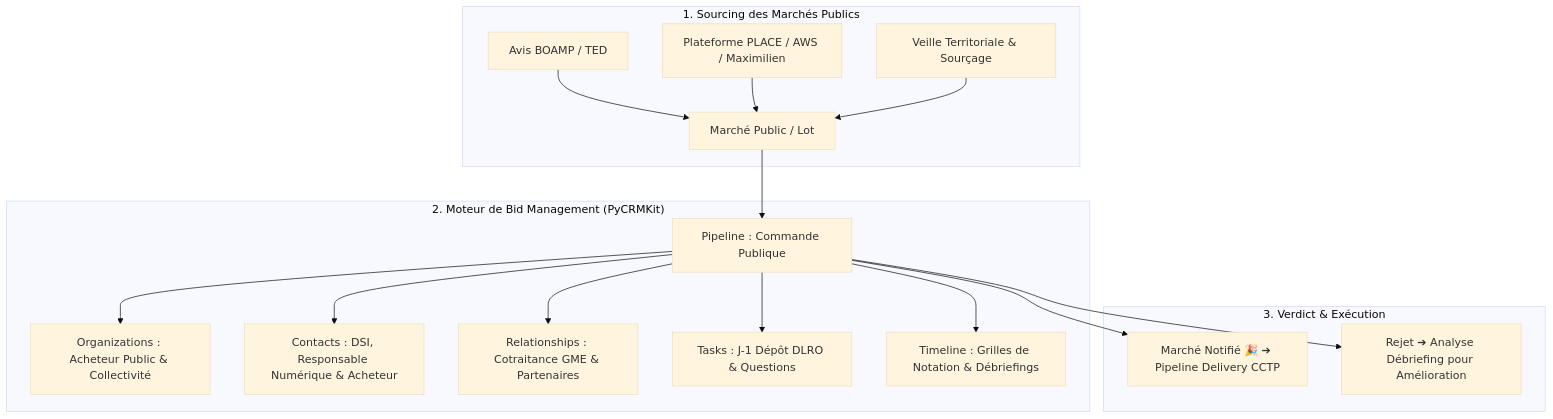
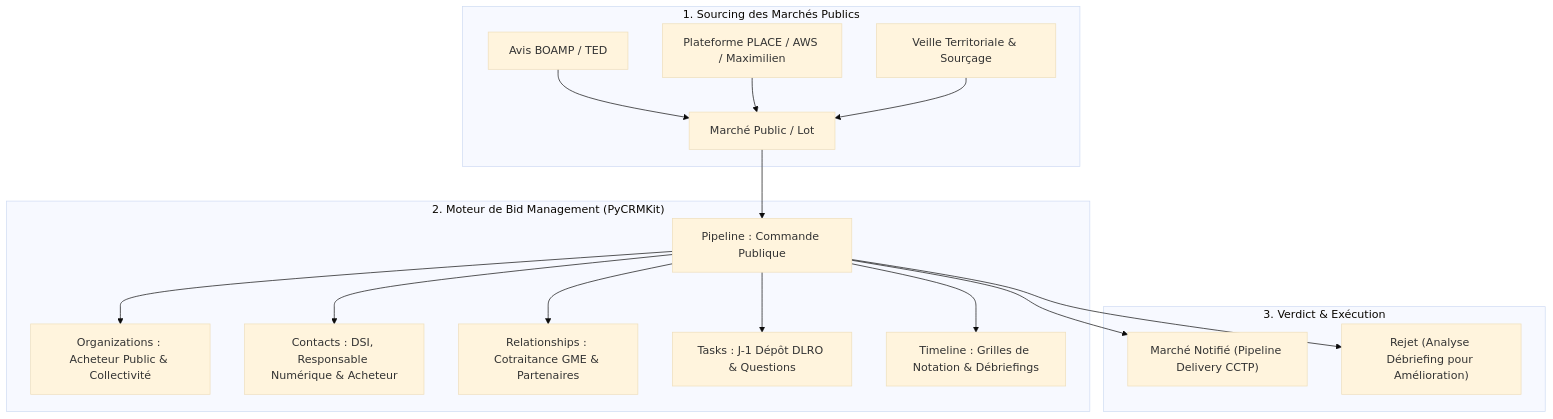
The first of 3 diagrams in docs/analysis/public-tenders-and-rfp-bid-management.md (tawounfouet/pycrmkit), drawn with Mermaid (base theme) before and after one commit. The commit also changed other lines of this file and 33 other files, not shown here.

Commit message:
fix(docs): standardize relative markdown links, fix mermaid syntax and add ascii schemas

````diff
--- a/docs/analysis/public-tenders-and-rfp-bid-management.md
+++ b/docs/analysis/public-tenders-and-rfp-bid-management.md
@@ -32,22 +32,22 @@
 ```mermaid
 flowchart TD
     subgraph Sourcing ["1. Sourcing des Marchés Publics"]
-        BOAMP[Avis BOAMP / TED] --> Tender[Marché Public / Lot]
-        PLACE[Plateforme PLACE / AWS / Maximilien] --> Tender
-        Direct[Veille Territoriale & Sourçage] --> Tender
+        BOAMP["Avis BOAMP / TED"] --> Tender["Marché Public / Lot"]
+        PLACE["Plateforme PLACE / AWS / Maximilien"] --> Tender
+        Direct["Veille Territoriale & Sourçage"] --> Tender
     end
 
     subgraph Core ["2. Moteur de Bid Management (PyCRMKit)"]
-        Tender --> Pipe[Pipeline : Commande Publique]
-        Pipe --> Org[Organizations : Acheteur Public & Collectivité]
-        Pipe --> Cont[Contacts : DSI, Responsable Numérique & Acheteur]
-        Pipe --> Rel[Relationships : Cotraitance GME & Partenaires]
-        Pipe --> Tasks[Tasks : J-1 Dépôt DLRO & Questions]
-        Pipe --> Hist[Timeline : Grilles de Notation & Débriefings]
+        Tender --> Pipe["Pipeline : Commande Publique"]
+        Pipe --> Org["Organizations : Acheteur Public & Collectivité"]
+        Pipe --> Cont["Contacts : DSI, Responsable Numérique & Acheteur"]
+        Pipe --> Rel["Relationships : Cotraitance GME & Partenaires"]
+        Pipe --> Tasks["Tasks : J-1 Dépôt DLRO & Questions"]
+        Pipe --> Hist["Timeline : Grilles de Notation & Débriefings"]
     end
 
     subgraph Execution ["3. Verdict & Exécution"]
-        Pipe --> Won[Marché Notifié 🎉 ➔ Pipeline Delivery CCTP]
-        Pipe --> Lost[Rejet ➔ Analyse Débriefing pour Amélioration]
+        Pipe --> Won["Marché Notifié (Pipeline Delivery CCTP)"]
+        Pipe --> Lost["Rejet (Analyse Débriefing pour Amélioration)"]
     end
 ```
````
